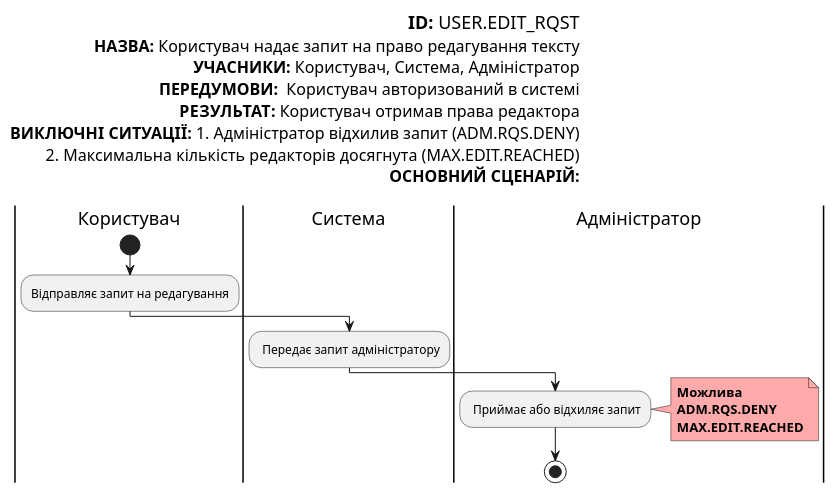
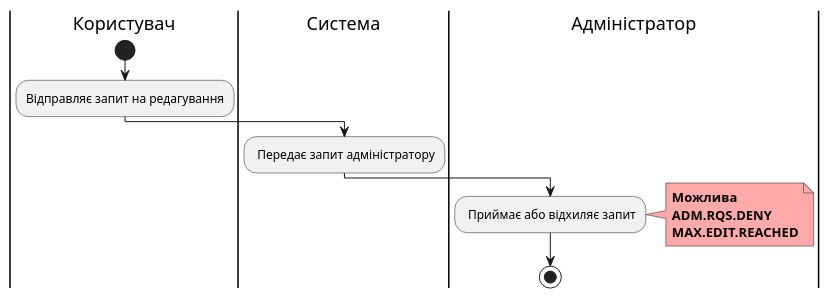
Before and after one commit to boldak/edu-db-cw: the sixth of 16 diagrams in docs/use cases/README.md, drawn with PlantUML. The commit also changed other lines of this file, not shown here.

```diff
--- a/docs/use cases/README.md
+++ b/docs/use cases/README.md
@@ -191,37 +189,25 @@
 @startuml
-
-left header
-  <font color=000 size=18><b>ID:</b> USER.EDIT_RQST
-  <font color=000 size=16><b>НАЗВА:</b> Користувач надає запит на право редагування тексту
-  <font color=000 size=16><b>УЧАСНИКИ:</b> Користувач, Система, Адміністратор
-  <font color=000 size=16><b>ПЕРЕДУМОВИ:</b>  Користувач авторизований в системі
-  <font color=000 size=16><b>РЕЗУЛЬТАТ:</b> Користувач отримав права редактора
-  <font color=000 size=16><b>ВИКЛЮЧНІ СИТУАЦІЇ:</b> 1. Адміністратор відхилив запит (ADM.RQS.DENY)
-<font color=000 size=16>2. Максимальна кількість редакторів досягнута (MAX.EDIT.REACHED)
-  <font color=000 size=16><b>ОСНОВНИЙ СЦЕНАРІЙ:</b>
-
-end header
 
 |Користувач|
     start
     :Відправляє запит на редагування;
 
 
 
 |Система|
     : Передає запит адміністратору;
 
 
 |Адміністратор|
     : Приймає або відхиляє запит;
 
     note right #ffaaaa
     <b>Можлива</b>
     <b>ADM.RQS.DENY</b>
     <b>MAX.EDIT.REACHED</b>
     end note
 
 
 
     stop;
 @enduml
```
